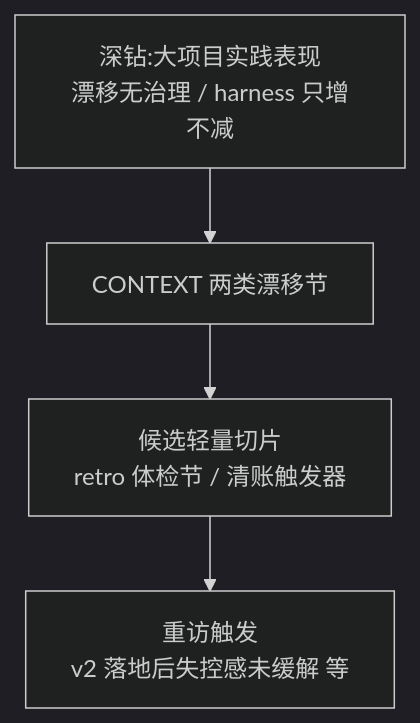
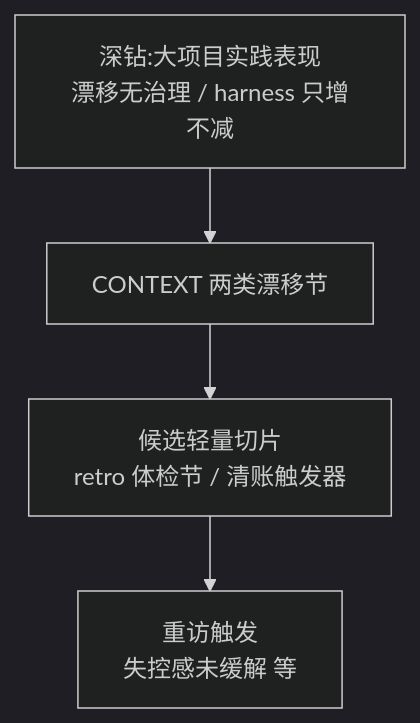
One commit to code-cycler/info-driven-ai-se-harness-engineering changed the fifth of 6 diagrams in PROJECT-OVERVIEW.md. Above: the diagram before and after it, drawn with Mermaid (dark theme). The commit also changed other lines of this file and 16 other files, not shown here.

````diff
--- a/PROJECT-OVERVIEW.md
+++ b/PROJECT-OVERVIEW.md
@@ -195,6 +211,6 @@
 ```mermaid
 flowchart TD
     O1["深钻:大项目实践表现<br/>漂移无治理 / harness 只增不减"] --> O2["CONTEXT 两类漂移节"]
     O2 --> O3["候选轻量切片<br/>retro 体检节 / 清账触发器"]
-    O3 --> O4["重访触发<br/>v2 落地后失控感未缓解 等"]
+    O3 --> O4["重访触发<br/>失控感未缓解 等"]
 ```
````
